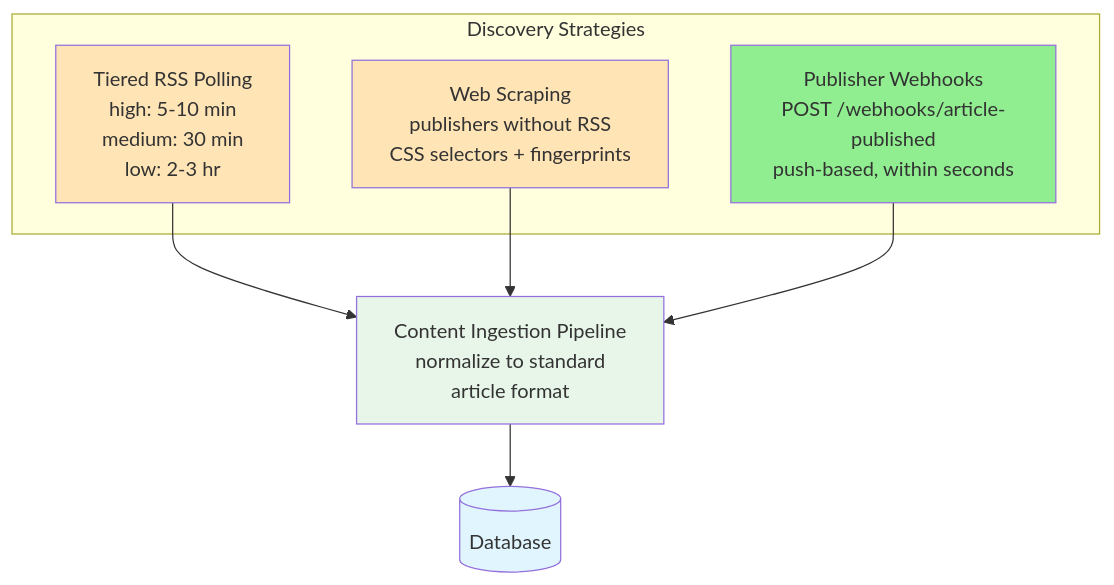
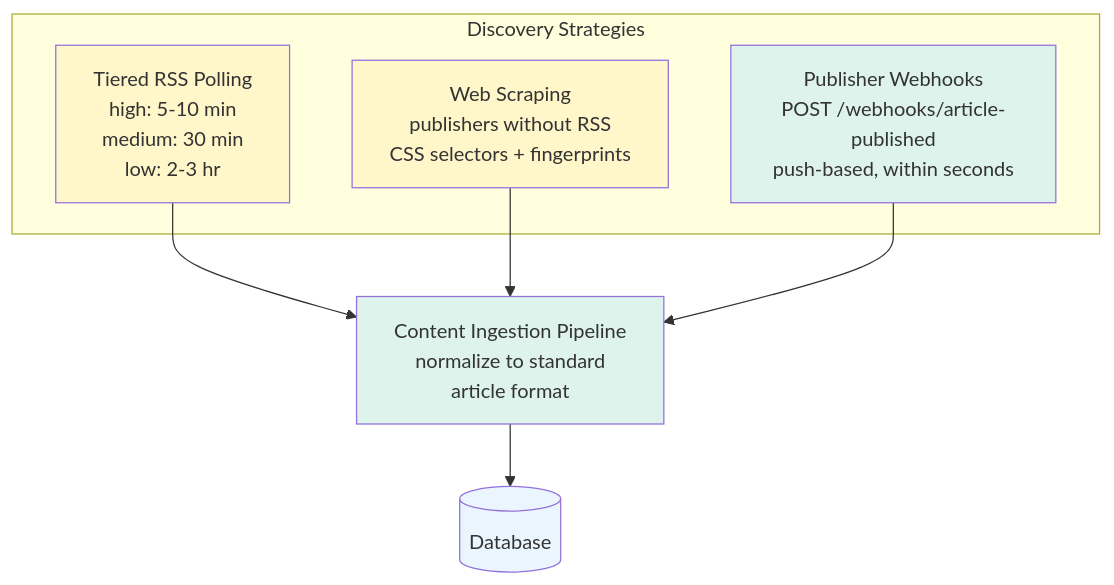
Before and after one commit to cartmancodes/InterviewVault: the second of 2 diagrams in LLD/SystemDesign/ProblemBreakdowns/NewsAggregator.md, drawn with Mermaid. The commit also changed other lines of this file and 679 other files, not shown here.

Commit message:
Unify content diagrams and add accessible visual walkthroughs

````diff
--- a/LLD/SystemDesign/ProblemBreakdowns/NewsAggregator.md
+++ b/LLD/SystemDesign/ProblemBreakdowns/NewsAggregator.md
@@ -335,18 +335,18 @@
 ```mermaid
 graph TB
     subgraph "Discovery Strategies"
         RSS["Tiered RSS Polling<br/>high: 5-10 min<br/>medium: 30 min<br/>low: 2-3 hr"]
         SCR["Web Scraping<br/>publishers without RSS<br/>CSS selectors + fingerprints"]
         WH["Publisher Webhooks<br/>POST /webhooks/article-published<br/>push-based, within seconds"]
     end
     RSS --> PIPE["Content Ingestion Pipeline<br/>normalize to standard<br/>article format"]
     SCR --> PIPE
     WH --> PIPE
     PIPE --> DB[(Database)]
 
-    style RSS fill:#FFE4B5
-    style SCR fill:#FFE4B5
-    style WH fill:#90EE90
-    style PIPE fill:#e8f5e9
-    style DB fill:#e1f5ff
+    style RSS fill:#FFF6C9
+    style SCR fill:#FFF6C9
+    style WH fill:#DDF3EC
+    style PIPE fill:#DDF3EC
+    style DB fill:#EAF5FD
 ```
````
